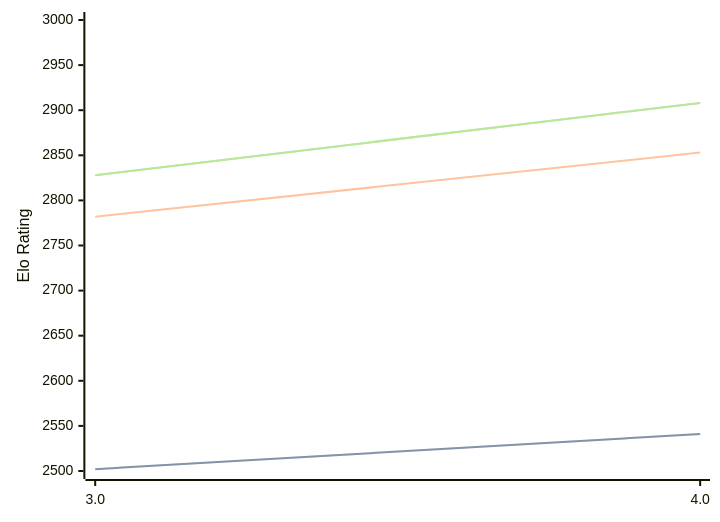
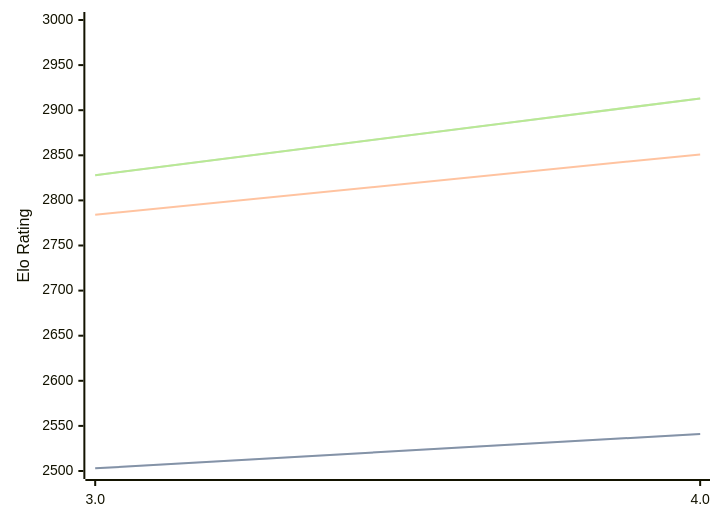
Before and after one commit to computer-chess-index/cci: the diagram in engines/Chess3.md, drawn with Mermaid. The commit also changed other lines of this file, not shown here.

Commit message:
Update CCI Ratings (ELO VLTC) - 2026-04-10

````diff
--- a/engines/Chess3.md
+++ b/engines/Chess3.md
@@ -34,11 +34,11 @@
 ```mermaid
 %%{init: {"theme":"base","themeVariables":{"seriesColors:['#a3a3a3','#222221','#faa371']}}}%%
 xychart-beta
   x-axis ["3.0", "4.0"]
   y-axis "Elo Rating" 2500 --> 3000
-  line "STC (8.0+0.08s)" [2502, 2541]
-  line "STC (8.0+0.08s)" [2502, 2541]
-  line "LTC (60.0+0.60s)" [2782, 2853]
-  line "VLTC (2m24s+1.12s)" [2828, 2908]
-  line "VLTC (2m24s+1.12s)" [2828, 2908]
+  line "STC (8.0+0.08s)" [2503, 2541]
+  line "STC (8.0+0.08s)" [2503, 2541]
+  line "LTC (60.0+0.60s)" [2784, 2851]
+  line "VLTC (2m24s+1.12s)" [2828, 2913]
+  line "VLTC (2m24s+1.12s)" [2828, 2913]
 ```
````
